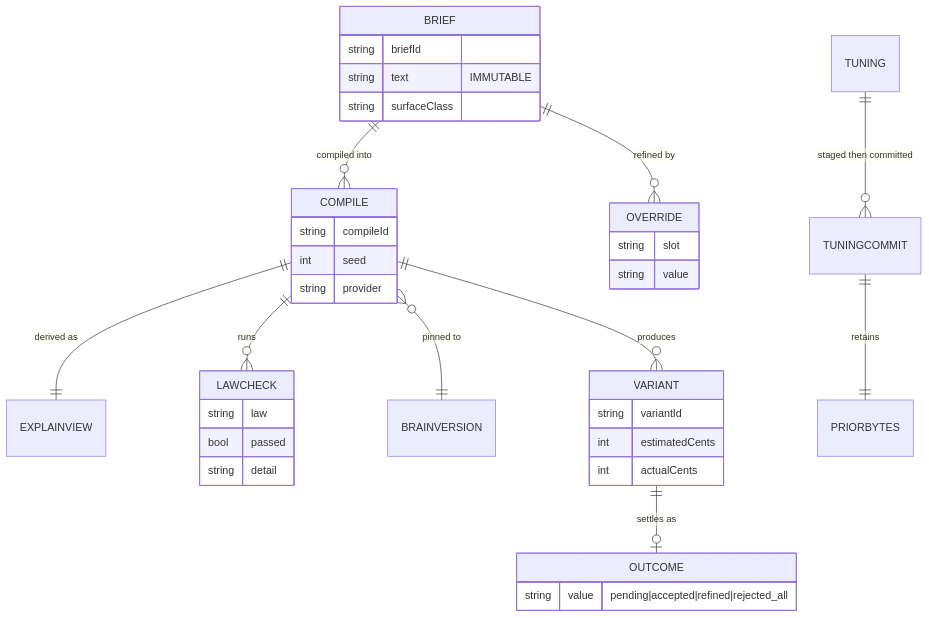
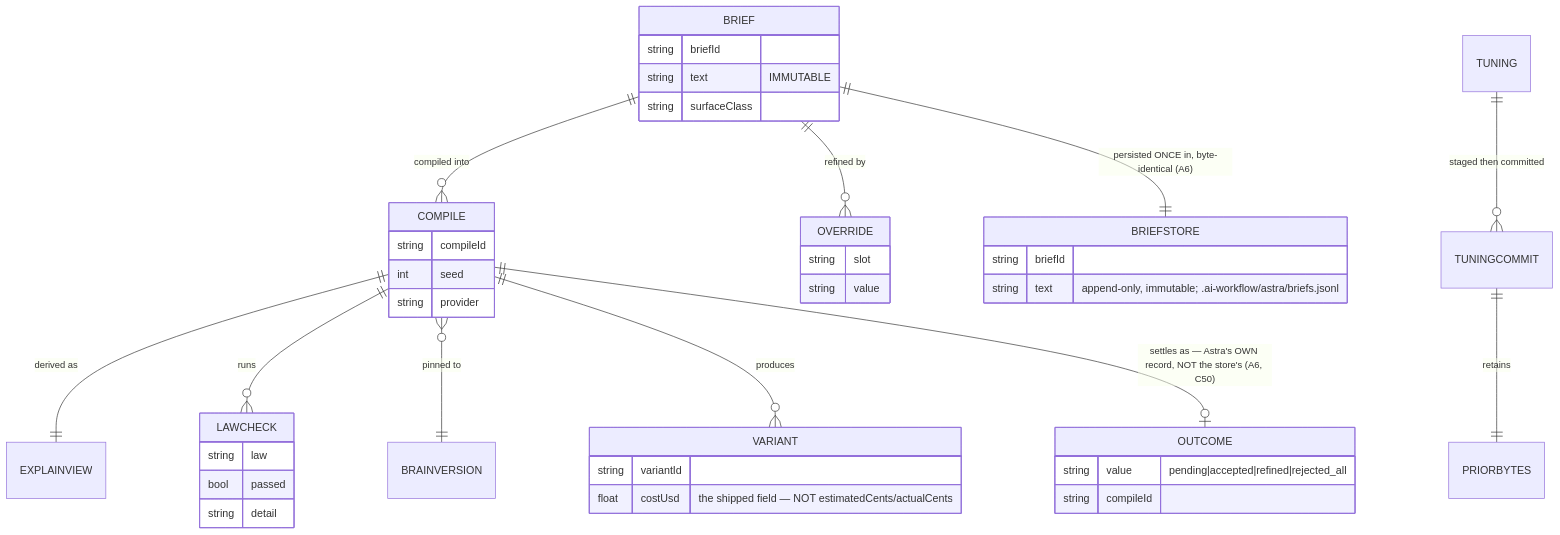
Before and after one commit to SeanSwan/-SS-PT-New: the seventh of 7 diagrams in docs/ai-workflow/blueprints/astra-design-brain-console-20260925/03-INTERFACE.md, drawn with Mermaid. The commit also changed other lines of this file and 30 other files, not shown here.

First line of the commit message:
feat(astra): A6 — the Ledger pane, the brief store, and the fix the fix needed

````diff
--- a/docs/ai-workflow/blueprints/astra-design-brain-console-20260925/03-INTERFACE.md
+++ b/docs/ai-workflow/blueprints/astra-design-brain-console-20260925/03-INTERFACE.md
@@ -573,19 +699,21 @@
 ```mermaid
 erDiagram
     BRIEF ||--o{ COMPILE : "compiled into"
     BRIEF ||--o{ OVERRIDE : "refined by"
+    BRIEF ||--|| BRIEFSTORE : "persisted ONCE in, byte-identical (A6)"
     COMPILE ||--|| EXPLAINVIEW : "derived as"
     COMPILE ||--o{ LAWCHECK : "runs"
     COMPILE }o--|| BRAINVERSION : "pinned to"
     COMPILE ||--o{ VARIANT : "produces"
-    VARIANT ||--o| OUTCOME : "settles as"
+    COMPILE ||--o| OUTCOME : "settles as — Astra's OWN record, NOT the store's (A6, C50)"
     TUNING ||--o{ TUNINGCOMMIT : "staged then committed"
     TUNINGCOMMIT ||--|| PRIORBYTES : "retains"
 
     BRIEF { string briefId string text "IMMUTABLE" string surfaceClass }
+    BRIEFSTORE { string briefId string text "append-only, immutable; .ai-workflow/astra/briefs.jsonl" }
     OVERRIDE { string slot string value }
     COMPILE { string compileId int seed string provider }
     LAWCHECK { string law bool passed string detail }
-    VARIANT { string variantId int estimatedCents int actualCents }
-    OUTCOME { string value "pending|accepted|refined|rejected_all" }
+    VARIANT { string variantId float costUsd "the shipped field — NOT estimatedCents/actualCents" }
+    OUTCOME { string value "pending|accepted|refined|rejected_all" string compileId }
 ```
````
